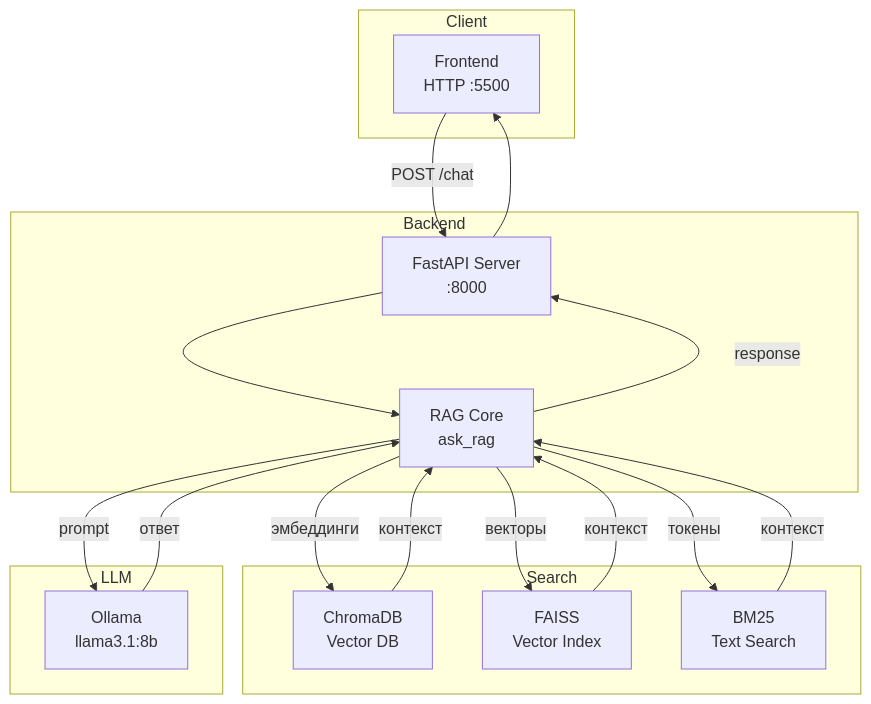
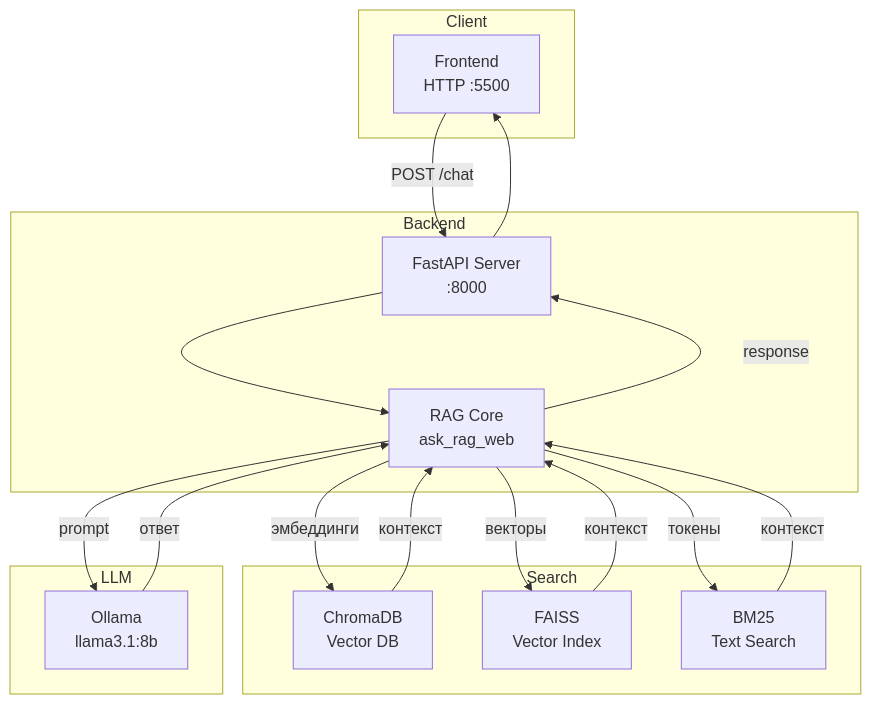
The diagram in README.md (ArGemTum/test_project1), drawn with Mermaid before and after one commit. The commit also changed other lines of this file, not shown here.

````diff
--- a/README.md
+++ b/README.md
@@ -113,37 +133,37 @@
 ```mermaid
 graph TB
     subgraph Client
         FE[Frontend<br/>HTTP :5500]
     end
     
     subgraph Backend
         API[FastAPI Server<br/>:8000]
-        RAG[RAG Core<br/>ask_rag]
+        RAG[RAG Core<br/>ask_rag_web]
     end
     
     subgraph Search
         CH[ChromaDB<br/>Vector DB]
         FA[FAISS<br/>Vector Index]
         BM[BM25<br/>Text Search]
     end
     
     subgraph LLM
         OL[Ollama<br/>llama3.1:8b]
     end
     
     FE -->|POST /chat| API
     API --> RAG
     
     RAG -->|эмбеддинги| CH
     RAG -->|векторы| FA
     RAG -->|токены| BM
     
     CH -->|контекст| RAG
     FA -->|контекст| RAG
     BM -->|контекст| RAG
     
     RAG -->|prompt| OL
     OL -->|ответ| RAG
     RAG -->|response| API
     API --> FE
 ```
````
